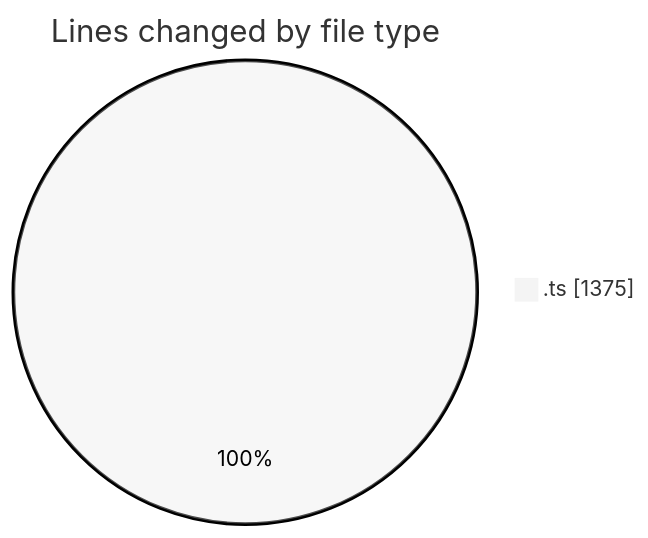
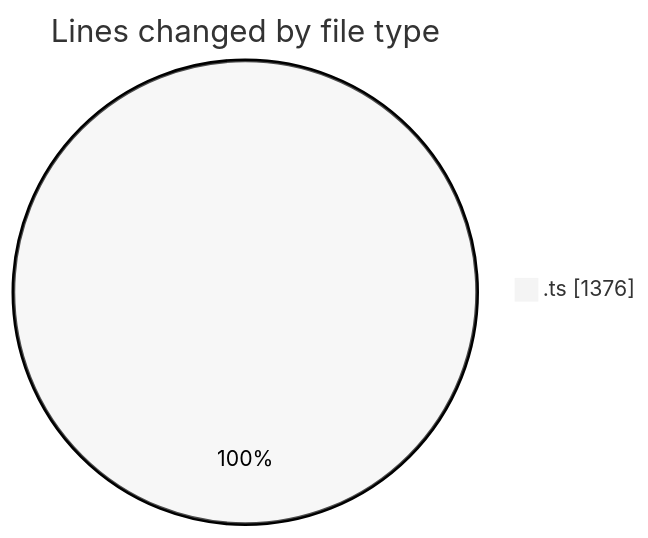
One commit to tmsrecording-cyber/code-tracking changed the first of 2 diagrams in 2026-02-07/singularitybrainai/README.md. Above: the diagram before and after it, drawn with Mermaid (neutral theme). The commit also changed other lines of this file and 1 other file, not shown here.

````diff
--- a/2026-02-07/singularitybrainai/README.md
+++ b/2026-02-07/singularitybrainai/README.md
@@ -22,5 +22,5 @@
 ```mermaid
 pie showData
 title Lines changed by file type
-".ts" : 1375
+".ts" : 1376
 ```
````
